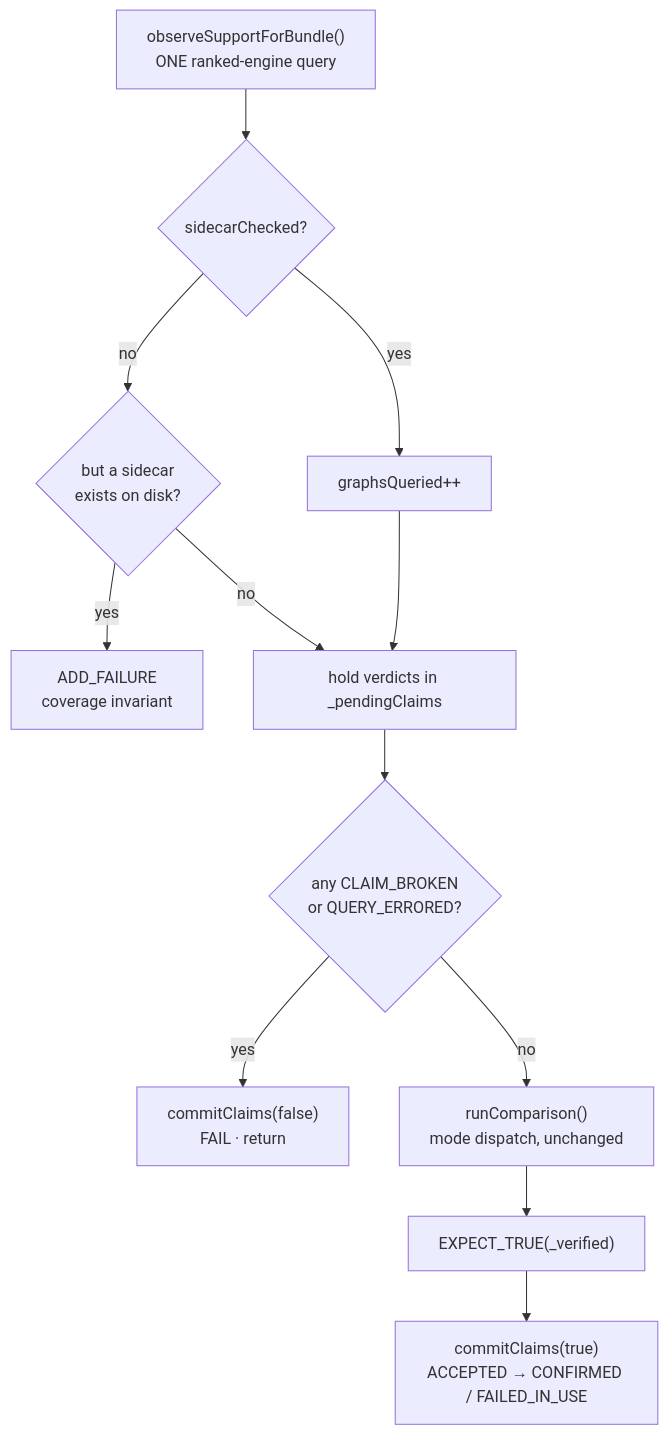
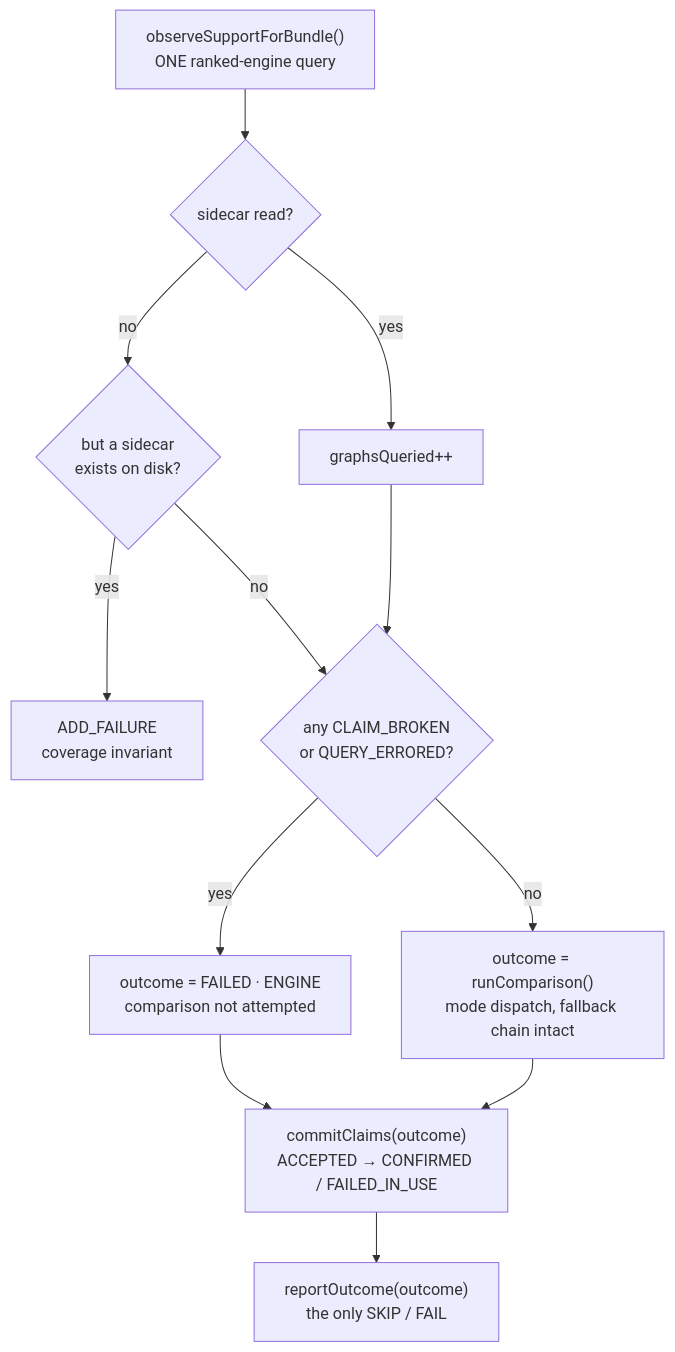
Before and after one commit to ROCm/rocm-libraries: the diagram in dnn-providers/integration-tests/docs/support-claim-enforcement.md, drawn with Mermaid. The commit also changed other lines of this file and 12 other files, not shown here.

First line of the commit message:
fix(integration-tests): confirm support claims by depth reached, not by skip state

````diff
--- a/dnn-providers/integration-tests/docs/support-claim-enforcement.md
+++ b/dnn-providers/integration-tests/docs/support-claim-enforcement.md
@@ -108,14 +118,14 @@
 ```mermaid
 graph TD
-  A["observeSupportForBundle()<br/>ONE ranked-engine query"] --> B{"sidecarChecked?"}
+  A["observeSupportForBundle()<br/>ONE ranked-engine query"] --> B{"sidecar read?"}
   B -->|yes| C["graphsQueried++"]
   B -->|no| D{"but a sidecar<br/>exists on disk?"}
   D -->|yes| E["ADD_FAILURE<br/>coverage invariant"]
   D -->|no| F
-  C --> F["hold verdicts in _pendingClaims"]
-  F --> G{"any CLAIM_BROKEN<br/>or QUERY_ERRORED?"}
-  G -->|yes| H["commitClaims(false)<br/>FAIL · return"]
-  G -->|no| I["runComparison()<br/>mode dispatch, unchanged"]
-  I --> J["EXPECT_TRUE(_verified)"]
-  J --> K["commitClaims(true)<br/>ACCEPTED → CONFIRMED / FAILED_IN_USE"]
+  C --> F{"any CLAIM_BROKEN<br/>or QUERY_ERRORED?"}
+  F -->|yes| G["outcome = FAILED · ENGINE<br/>comparison not attempted"]
+  F -->|no| H["outcome = runComparison()<br/>mode dispatch, fallback chain intact"]
+  G --> I["commitClaims(outcome)<br/>ACCEPTED → CONFIRMED / FAILED_IN_USE"]
+  H --> I
+  I --> J["reportOutcome(outcome)<br/>the only SKIP / FAIL"]
 ```
````
